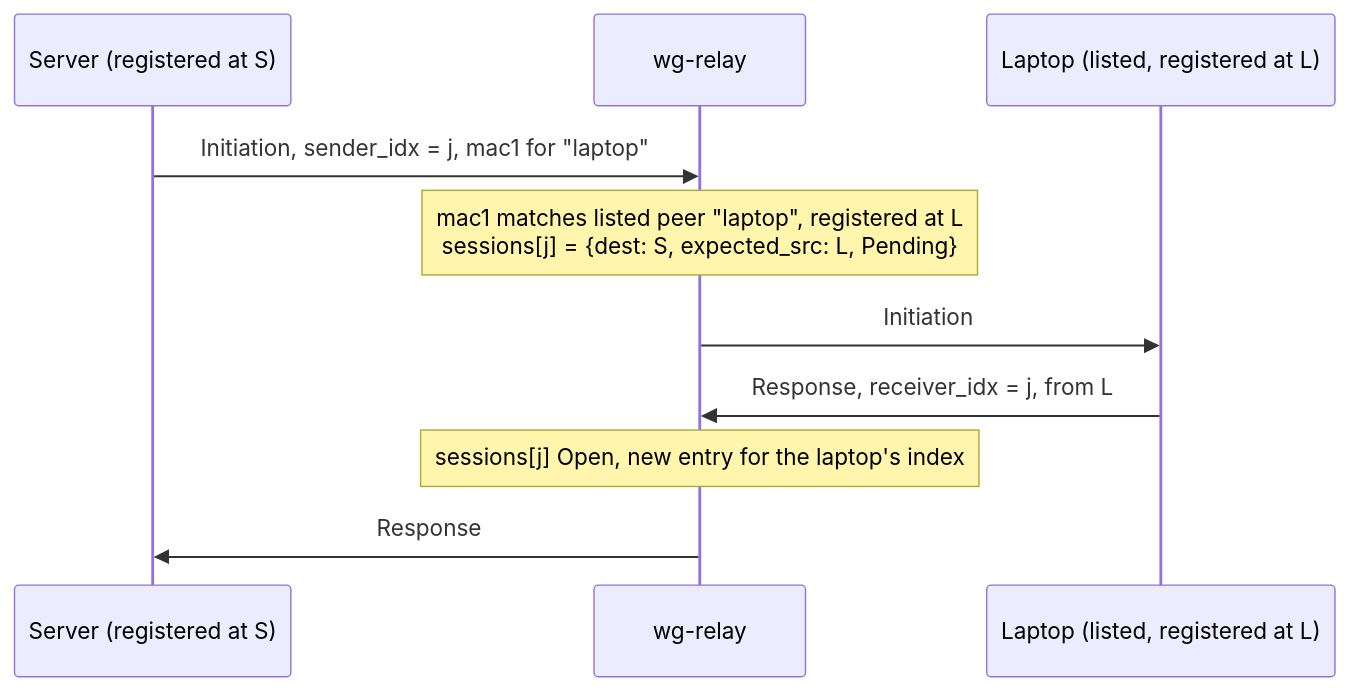
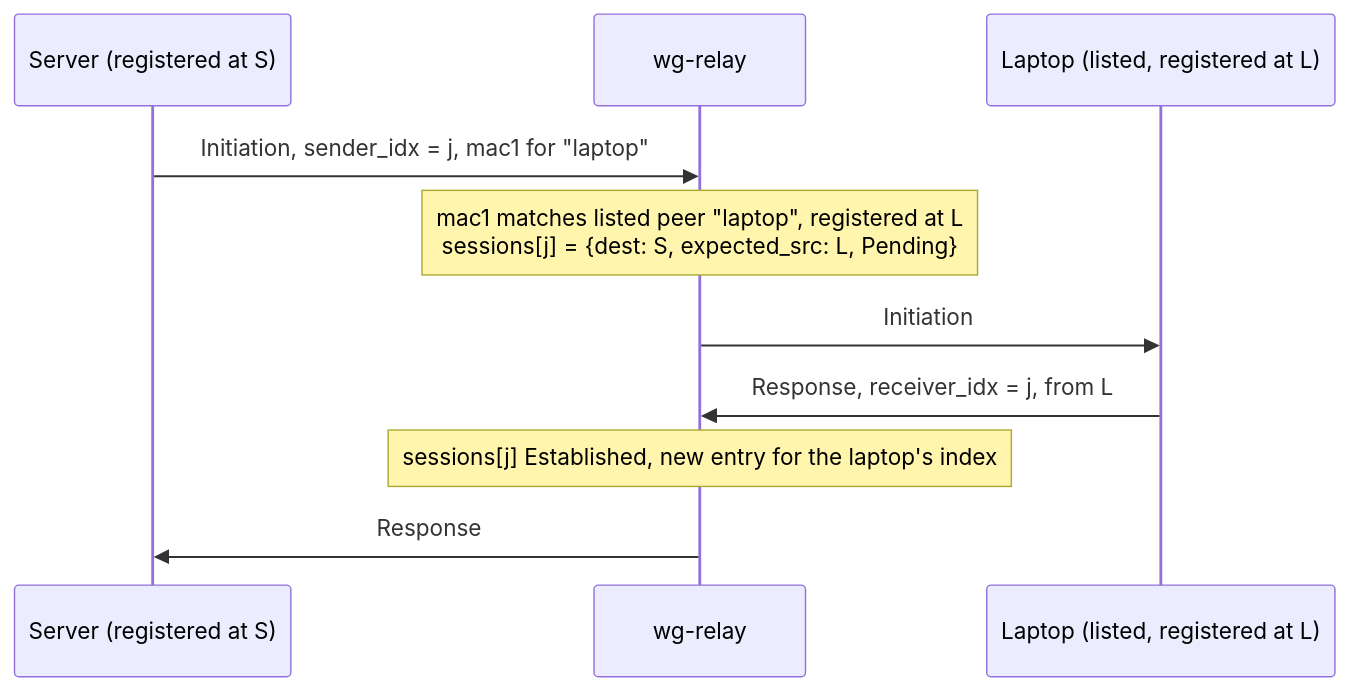
One commit to 3alpha/wg-relay changed diagram 13 of 23 in docs/how-it-works.md. Above: the diagram before and after it, drawn with Mermaid. The commit also changed other lines of this file and 16 other files, not shown here.

First line of the commit message:
refactor(tables): call the open session state established

````diff
--- a/docs/how-it-works.md
+++ b/docs/how-it-works.md
@@ -479,12 +479,12 @@
 ```mermaid
 sequenceDiagram
     participant S as Server (registered at S)
     participant R as wg-relay
     participant L as Laptop (listed, registered at L)
     S->>R: Initiation, sender_idx = j, mac1 for "laptop"
     Note over R: mac1 matches listed peer "laptop", registered at L<br/>sessions[j] = {dest: S, expected_src: L, Pending}
     R->>L: Initiation
     L->>R: Response, receiver_idx = j, from L
-    Note over R: sessions[j] Open, new entry for the laptop's index
+    Note over R: sessions[j] Established, new entry for the laptop's index
     R->>S: Response
 ```
````
